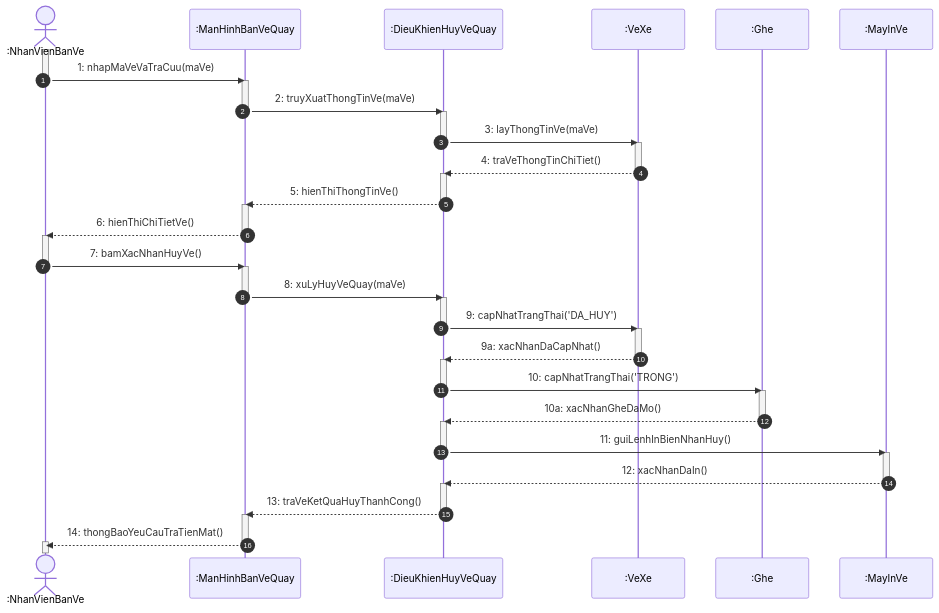
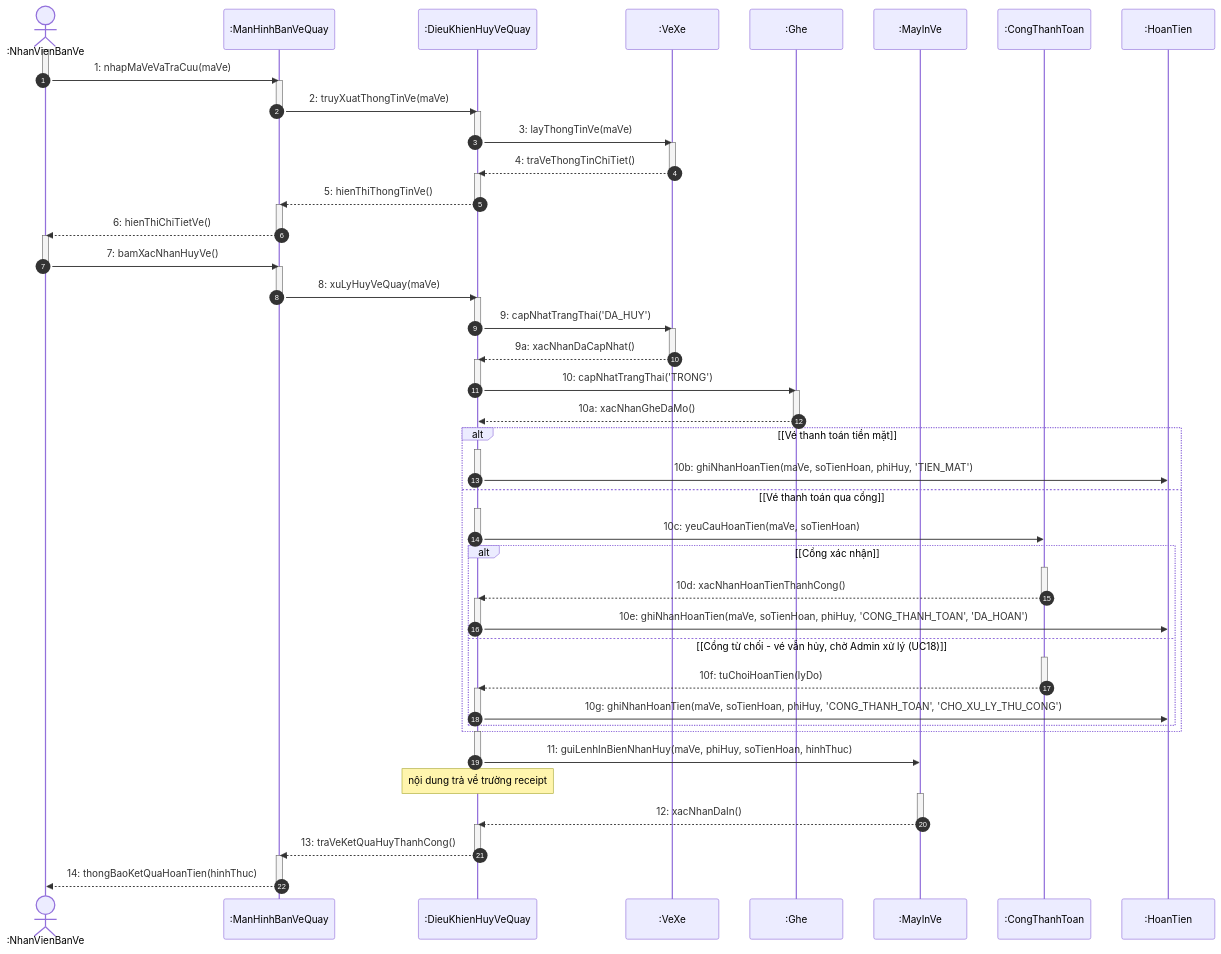
The tenth of 22 diagrams in docs/sequence/Sequence_diagram.md (Longcodepro/Project_OOAD_HK1_2026-2027), drawn with Mermaid before and after one commit. The commit also changed other lines of this file and 4 other files, not shown here.

````diff
--- a/docs/sequence/Sequence_diagram.md
+++ b/docs/sequence/Sequence_diagram.md
@@ -684,18 +905,18 @@
 ```mermaid
 sequenceDiagram
     autonumber
-    actor NV as :NhanVienBanVe
-    participant MH as :ManHinhBanVeQuay
-    participant DK as :DieuKhienHuyVeQuay
-    participant VE as :VeXe
-    participant GH as :Ghe
-    participant MI as :MayInVe
+    actor NV     as :NhanVienBanVe
+    participant MH     as :ManHinhBanVeQuay
+    participant DK     as :DieuKhienHuyVeQuay
+    participant VE     as :VeXe
+    participant GH     as :Ghe
+    participant MI     as :MayInVe
+    participant CTT    as :CongThanhToan
+    participant HT     as :HoanTien
 
-    %% Luồng 1: Tra cứu thông tin vé
     activate NV
     NV ->> MH: 1: nhapMaVeVaTraCuu(maVe)
     deactivate NV
-    
     activate MH
     MH ->> DK: 2: truyXuatThongTinVe(maVe)
     deactivate MH
@@ -711,12 +932,9 @@
     activate MH
     MH -->> NV: 6: hienThiChiTietVe()
     deactivate MH
-    
-    %% Luồng 2: Xác nhận hủy & Trả tiền mặt, in biên nhận
     activate NV
     NV ->> MH: 7: bamXacNhanHuyVe()
     deactivate NV
-    
     activate MH
     MH ->> DK: 8: xuLyHuyVeQuay(maVe)
     deactivate MH
@@ -726,28 +944,47 @@
     activate VE
     VE -->> DK: 9a: xacNhanDaCapNhat()
     deactivate VE
-
     activate DK
     DK ->> GH: 10: capNhatTrangThai('TRONG')
     deactivate DK
     activate GH
     GH -->> DK: 10a: xacNhanGheDaMo()
     deactivate GH
-    
+    alt [Vé thanh toán tiền mặt]
+        activate DK
+        DK ->> HT: 10b: ghiNhanHoanTien(maVe, soTienHoan, phiHuy, 'TIEN_MAT')
+        deactivate DK
+    else [Vé thanh toán qua cổng]
+        activate DK
+        DK ->> CTT: 10c: yeuCauHoanTien(maVe, soTienHoan)
+        deactivate DK
+        alt [Cổng xác nhận]
+            activate CTT
+            CTT -->> DK: 10d: xacNhanHoanTienThanhCong()
+            deactivate CTT
+            activate DK
+            DK ->> HT: 10e: ghiNhanHoanTien(maVe, soTienHoan, phiHuy, 'CONG_THANH_TOAN', 'DA_HOAN')
+            deactivate DK
+        else [Cổng từ chối - vé vẫn hủy, chờ Admin xử lý (UC18)]
+            activate CTT
+            CTT -->> DK: 10f: tuChoiHoanTien(lyDo)
+            deactivate CTT
+            activate DK
+            DK ->> HT: 10g: ghiNhanHoanTien(maVe, soTienHoan, phiHuy, 'CONG_THANH_TOAN', 'CHO_XU_LY_THU_CONG')
+            deactivate DK
+        end
+    end
     activate DK
-    DK ->> MI: 11: guiLenhInBienNhanHuy()
+    DK ->> MI: 11: guiLenhInBienNhanHuy(maVe, phiHuy, soTienHoan, hinhThuc)
     deactivate DK
+    Note over DK: nội dung trả về trường receipt
     activate MI
     MI -->> DK: 12: xacNhanDaIn()
     deactivate MI
-    
     activate DK
     DK -->> MH: 13: traVeKetQuaHuyThanhCong()
     deactivate DK
-    
     activate MH
-    MH -->> NV: 14: thongBaoYeuCauTraTienMat()
+    MH -->> NV: 14: thongBaoKetQuaHoanTien(hinhThuc)
     deactivate MH
-    activate NV
-    deactivate NV
 ```
````
